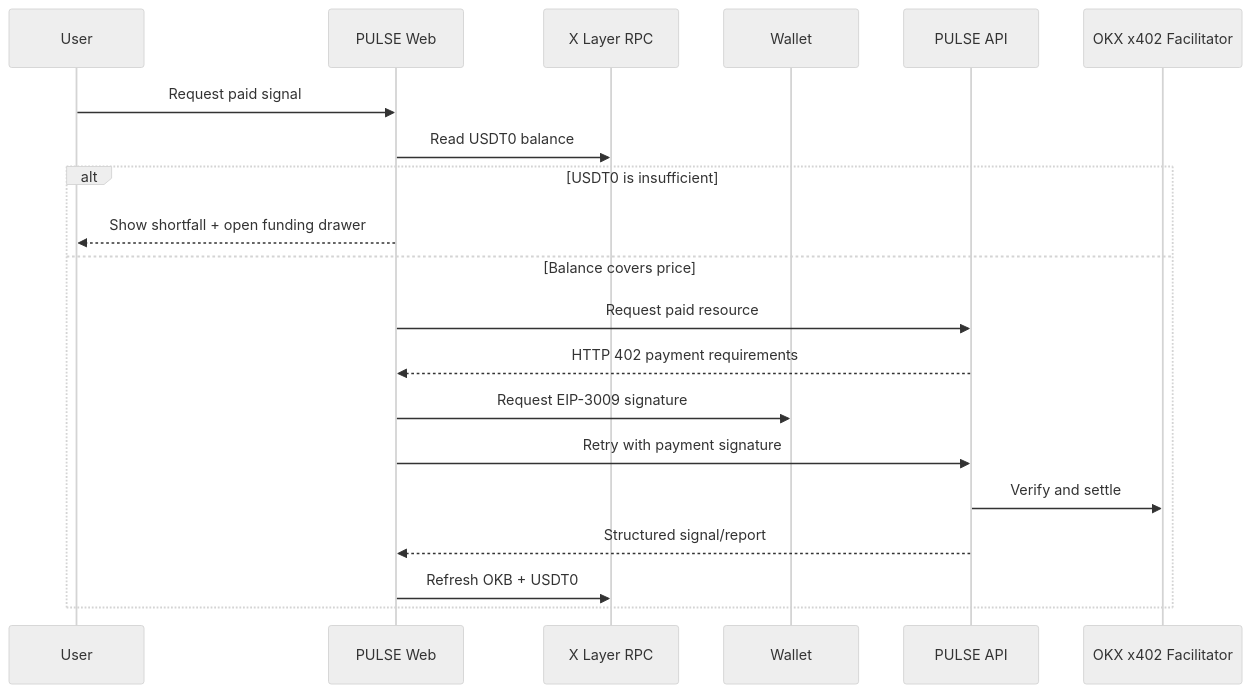
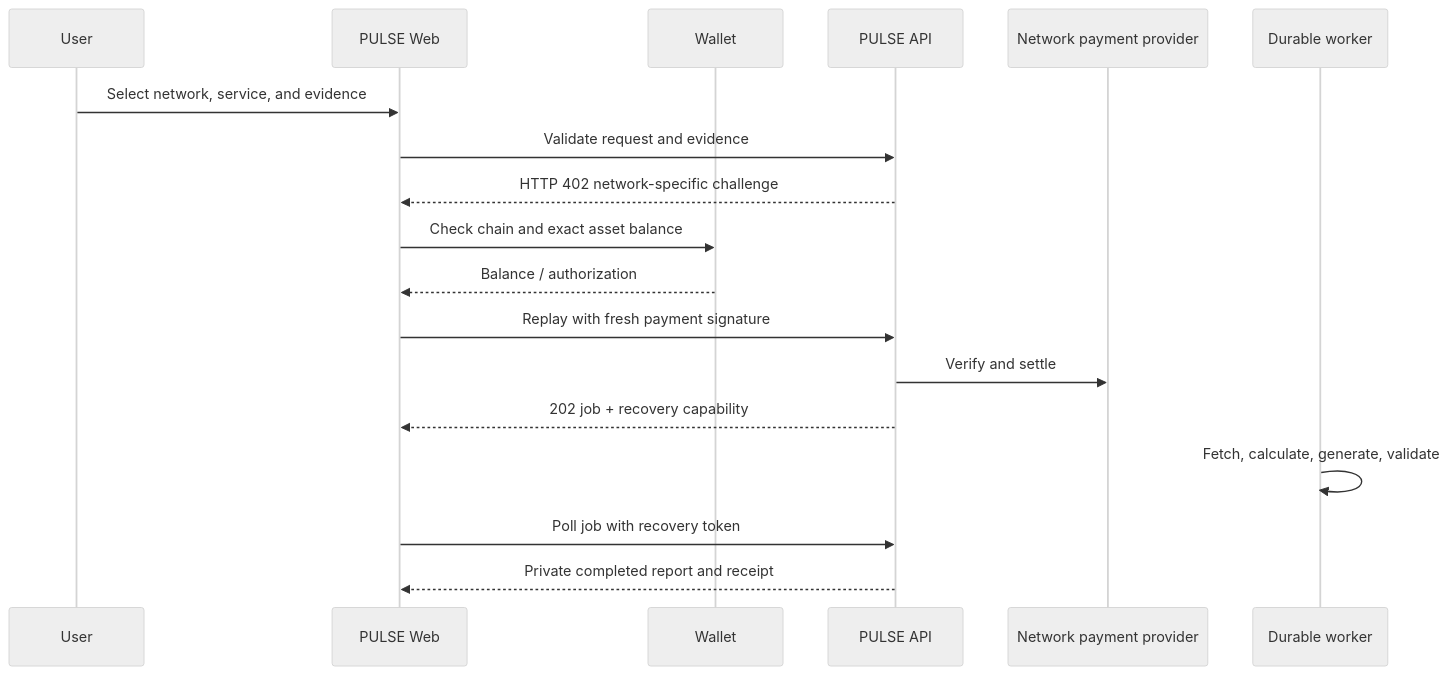
Before and after one commit to mssystem1/ai-pulse: the second of 2 diagrams in README.md, drawn with Mermaid (neutral theme). The commit also changed other lines of this file and 119 other files, not shown here.

````diff
--- a/README.md
+++ b/README.md
@@ -135,23 +174,21 @@
 ```mermaid
 sequenceDiagram
   participant User
   participant Web as PULSE Web
-  participant RPC as X Layer RPC
   participant Wallet
   participant API as PULSE API
-  participant OKX as OKX x402 Facilitator
+  participant Provider as Network payment provider
+  participant Worker as Durable worker
 
-  User->>Web: Request paid signal
-  Web->>RPC: Read USDT0 balance
-  alt USDT0 is insufficient
-    Web-->>User: Show shortfall + open funding drawer
-  else Balance covers price
-    Web->>API: Request paid resource
-    API-->>Web: HTTP 402 payment requirements
-    Web->>Wallet: Request EIP-3009 signature
-    Web->>API: Retry with payment signature
-    API->>OKX: Verify and settle
-    API-->>Web: Structured signal/report
-    Web->>RPC: Refresh OKB + USDT0
-  end
+  User->>Web: Select network, service, and evidence
+  Web->>API: Validate request and evidence
+  API-->>Web: HTTP 402 network-specific challenge
+  Web->>Wallet: Check chain and exact asset balance
+  Wallet-->>Web: Balance / authorization
+  Web->>API: Replay with fresh payment signature
+  API->>Provider: Verify and settle
+  API-->>Web: 202 job + recovery capability
+  Worker->>Worker: Fetch, calculate, generate, validate
+  Web->>API: Poll job with recovery token
+  API-->>Web: Private completed report and receipt
 ```
````
